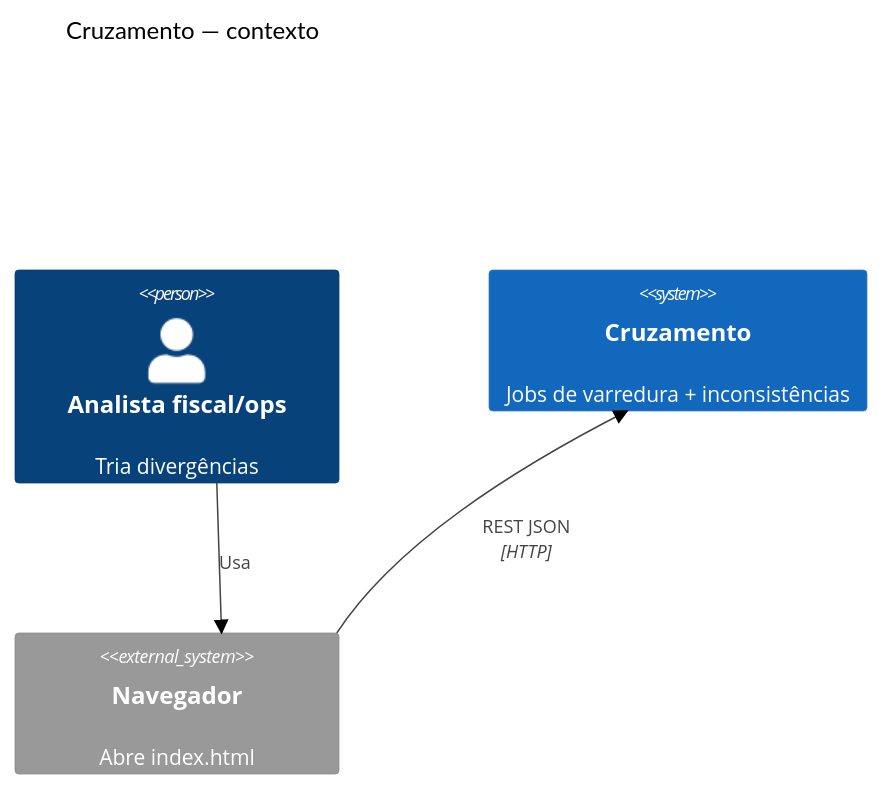
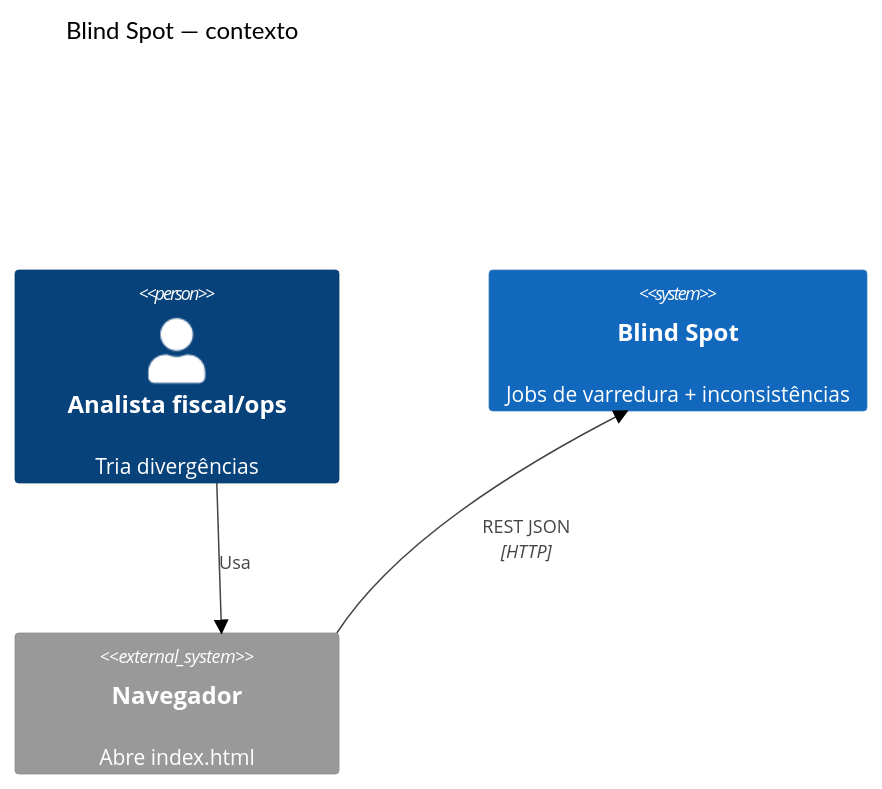
Before and after one commit to Rafael-Farsura/blind-spot: the first of 3 diagrams in docs/03-arquitetura.md, drawn with Mermaid (forest theme). The commit also changed other lines of this file and 14 other files, not shown here.

First line of the commit message:
docs: renomeia produto para Blind Spot

````diff
--- a/docs/03-arquitetura.md
+++ b/docs/03-arquitetura.md
@@ -17,10 +17,10 @@
 ```mermaid
 C4Context
-    title Cruzamento — contexto
+    title Blind Spot — contexto
     Person(analista, "Analista fiscal/ops", "Tria divergências")
-    System(cruzamento, "Cruzamento", "Jobs de varredura + inconsistências")
+    System(blindspot, "Blind Spot", "Jobs de varredura + inconsistências")
     System_Ext(browser, "Navegador", "Abre index.html")
 
     Rel(analista, browser, "Usa")
-    Rel(browser, cruzamento, "REST JSON", "HTTP")
+    Rel(browser, blindspot, "REST JSON", "HTTP")
 ```
````
